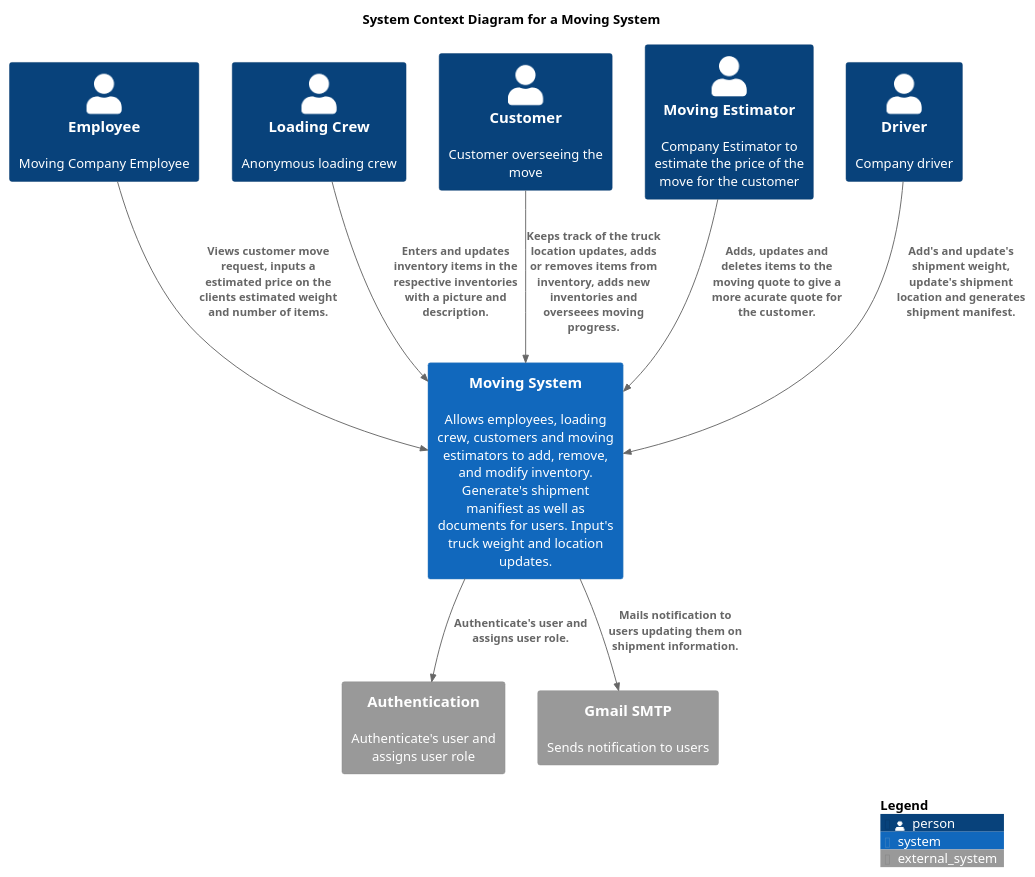
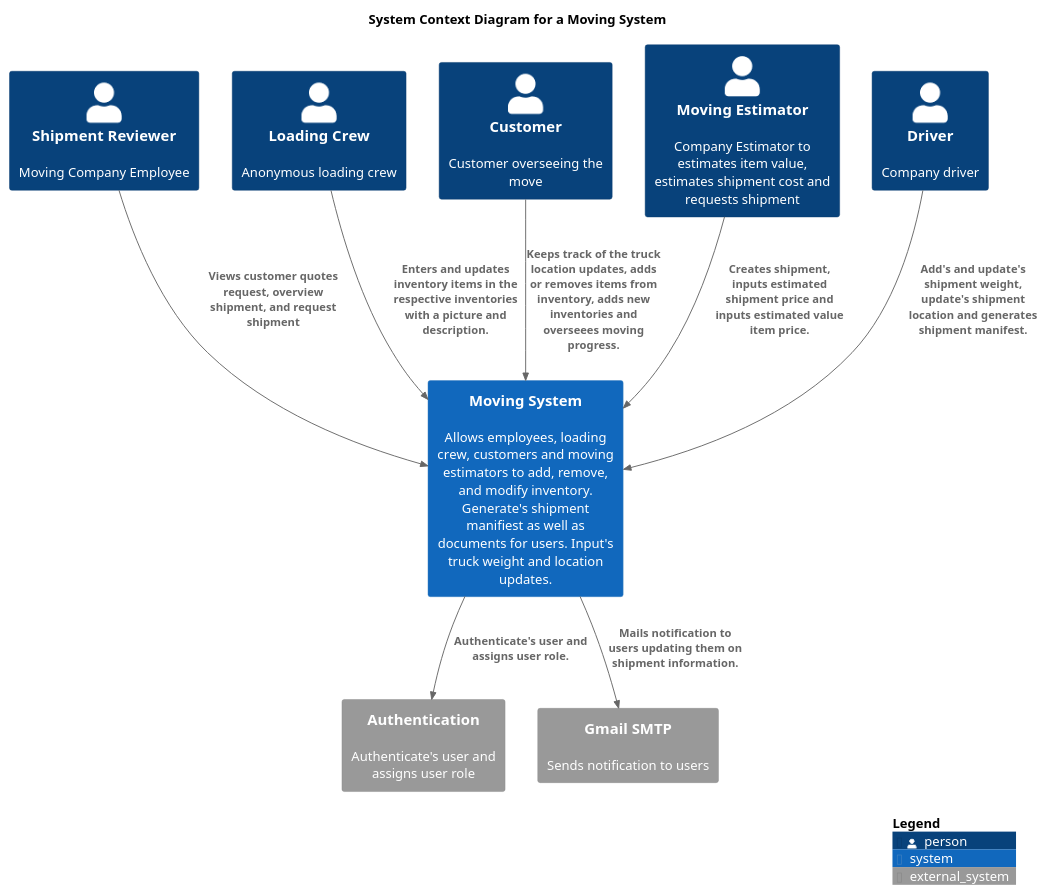
Before and after one commit to nic5694/MovingExpress: the diagram in Diagrams/SystemC4Diagram/c4ContextDiagram.puml, drawn with PlantUML.

Commit message:
Updated L1 diagram

```diff
--- a/Diagrams/SystemC4Diagram/c4ContextDiagram.puml
+++ b/Diagrams/SystemC4Diagram/c4ContextDiagram.puml
@@ -1,22 +1,22 @@
 @startuml
 !includeurl https://raw.githubusercontent.com/RicardoNiepel/C4-PlantUML/master/C4_Context.puml
 title System Context Diagram for a Moving System
-Person(employee, "Employee", "Moving Company Employee")
+Person(shipmentReviewer, "Shipment Reviewer", "Moving Company Employee")
 Person(loadingCrew, "Loading Crew", "Anonymous loading crew")
 Person(customer, "Customer", "Customer overseeing the move")
-Person(movingEstimator, "Moving Estimator", "Company Estimator to estimate the price of the move for the customer")
+Person(movingEstimator, "Moving Estimator", "Company Estimator to estimates item value, estimates shipment cost and requests shipment")
 Person(driver, "Driver", "Company driver")
 
 System_Ext(auth, "Authentication", "Authenticate's user and assigns user role")
 System(moving_system, "Moving System", "Allows employees, loading crew, customers and moving estimators to add, remove, and modify inventory. Generate's shipment manifiest as well as documents for users. Input's truck weight and location updates.")
 System_Ext(mail, "Gmail SMTP", "Sends notification to users")
-Rel(employee, moving_system, "Views customer move request, inputs a estimated price on the clients estimated weight and number of items.")
+Rel(shipmentReviewer, moving_system, "Views customer quotes request, overview shipment, and request shipment")
 Rel(loadingCrew, moving_system, "Enters and updates inventory items in the respective inventories with a picture and description.")
 Rel(customer, moving_system, "Keeps track of the truck location updates, adds or removes items from inventory, adds new inventories and overseees moving progress.")
-Rel(movingEstimator, moving_system, "Adds, updates and deletes items to the moving quote to give a more acurate quote for the customer.")
+Rel(movingEstimator, moving_system, "Creates shipment, inputs estimated shipment price and inputs estimated value item price.")
 Rel(driver, moving_system, "Add's and update's shipment weight, update's shipment location and generates shipment manifest.")
 Rel(moving_system,auth , "Authenticate's user and assigns user role.")
 Rel(moving_system, mail, "Mails notification to users updating them on shipment information.")
 
 SHOW_LEGEND()
 @enduml
```
